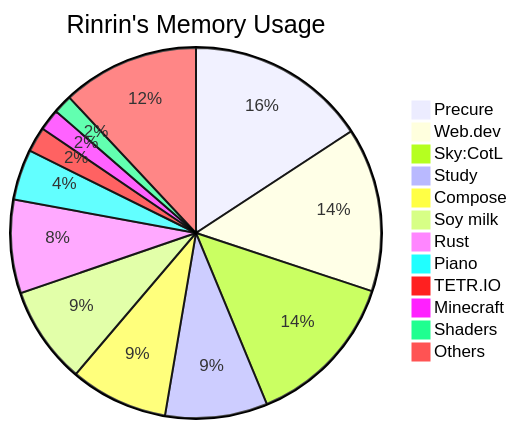
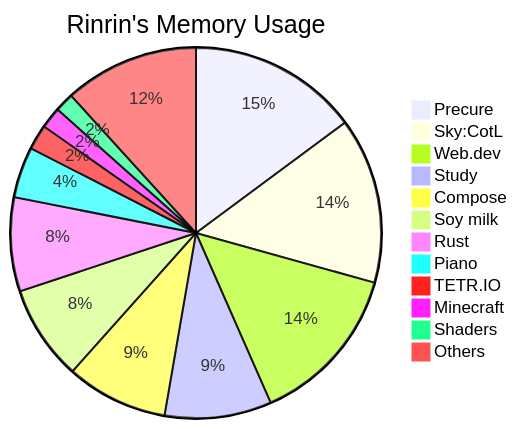
The diagram in README.md (Rinrin0413/Rinrin0413), drawn with Mermaid before and after one commit.

Commit message:
🛠 Update: Rinrin's Memory Usage

````diff
--- a/README.md
+++ b/README.md
@@ -76,15 +76,15 @@
 ```mermaid
 pie title Rinrin's Memory Usage
-    "Precure": 535
-    "Web.dev": 486
-    "Sky:CotL": 464
-    "Study": 303
-    "Compose": 290
-    "Soy milk": 289
+    "Precure": 502
+    "Sky:CotL": 489
+    "Web.dev": 476
+    "Study": 315
+    "Compose": 300
+    "Soy milk": 281
     "Rust": 277
     "Piano": 150
     "TETR.IO": 74
-    "Minecraft": 64
+    "Minecraft": 63
     "Shaders": 56
-    "Others": 406
+    "Others": 397
 ```
````
